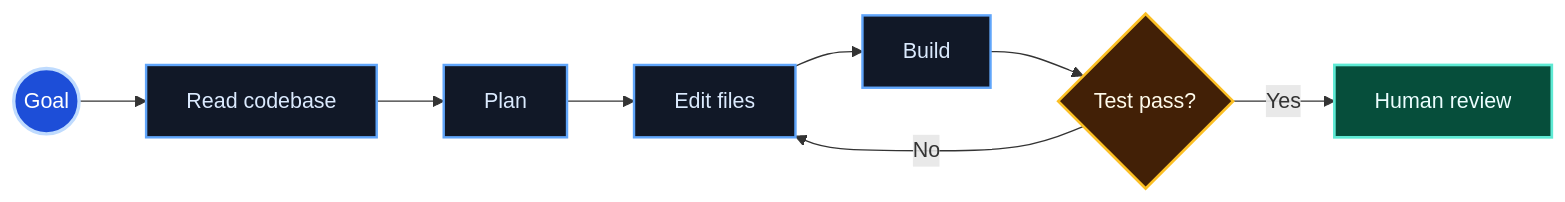
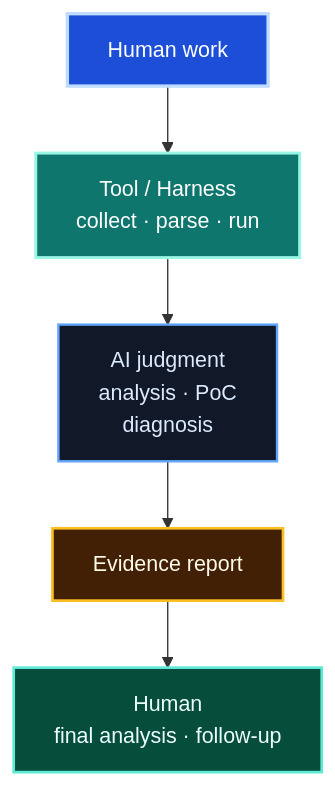
Diagram 11 of 16 in docs/ai-agent-effective-use/mermaid-diagrams.md (koalav/present-anyything), drawn with Mermaid before and after one commit. The commit also changed other lines of this file and 26 other files, not shown here.

````diff
--- a/docs/ai-agent-effective-use/mermaid-diagrams.md
+++ b/docs/ai-agent-effective-use/mermaid-diagrams.md
@@ -227,14 +222,12 @@
 ```mermaid
-flowchart LR
-  Goal((Goal)):::start --> Read[Read codebase]:::step
-  Read --> Plan[Plan]:::step
-  Plan --> Edit[Edit files]:::step
-  Edit --> Build[Build]:::step
-  Build --> Test{Test pass?}:::decision
-  Test -->|No| Edit
-  Test -->|Yes| Review[Human review]:::success
+flowchart TB
+  Work["Human work"]:::start --> Harness["Tool / Harness<br/>collect · parse · run"]:::tool
+  Harness --> AI["AI judgment<br/>analysis · PoC<br/>diagnosis"]:::step
+  AI --> Evidence["Evidence report"]:::evidence
+  Evidence --> Human["Human<br/>final analysis · follow-up"]:::success
   classDef start fill:#1d4ed8,stroke:#bfdbfe,color:#ffffff,stroke-width:2.5px;
+  classDef tool fill:#0f766e,stroke:#99f6e4,color:#ffffff,stroke-width:2.2px;
   classDef step fill:#111827,stroke:#60a5fa,color:#dbeafe,stroke-width:1.8px;
-  classDef decision fill:#422006,stroke:#fbbf24,color:#fffbeb,stroke-width:2px;
+  classDef evidence fill:#422006,stroke:#fbbf24,color:#fffbeb,stroke-width:2px;
   classDef success fill:#064e3b,stroke:#5eead4,color:#ecfeff,stroke-width:2px;
 ```
````
